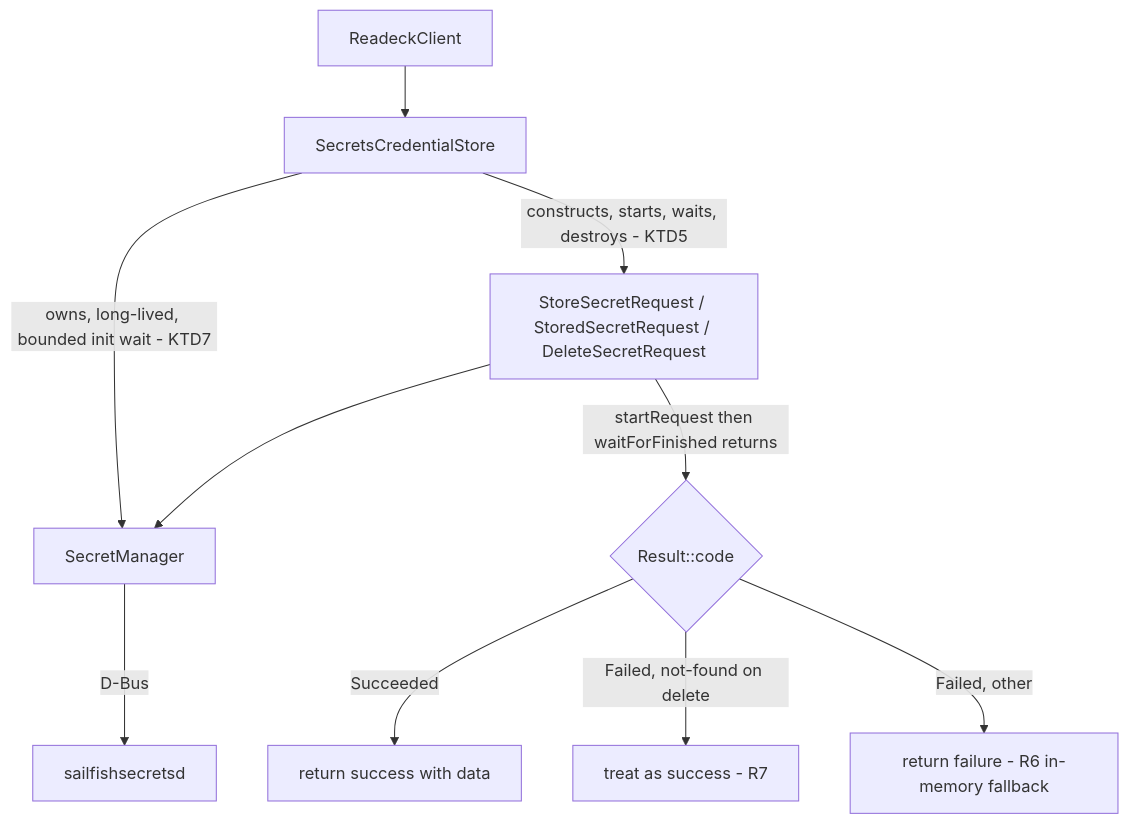
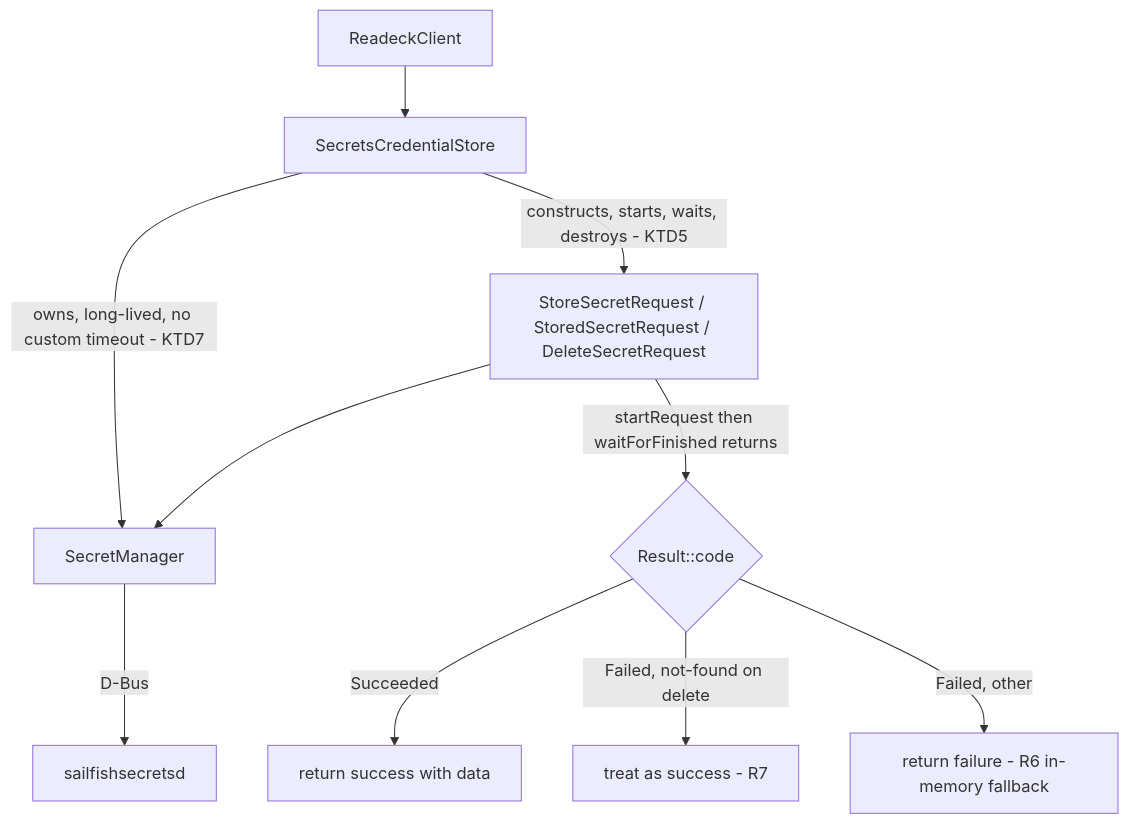
The diagram in docs/plans/2026-10-10-1328-feat-sailfish-secrets-credential-storage-plan.md (carepack/harbour-readeck), drawn with Mermaid before and after one commit. The commit also changed other lines of this file and 3 other files, not shown here.

````diff
--- a/docs/plans/2026-10-10-1328-feat-sailfish-secrets-credential-storage-plan.md
+++ b/docs/plans/2026-10-10-1328-feat-sailfish-secrets-credential-storage-plan.md
@@ -150,12 +150,12 @@
 ```mermaid
 flowchart TB
     RC[ReadeckClient] --> SCS[SecretsCredentialStore]
-    SCS -->|owns, long-lived, bounded init wait - KTD7| SM[SecretManager]
+    SCS -->|owns, long-lived, no custom timeout - KTD7| SM[SecretManager]
     SCS -->|constructs, starts, waits, destroys - KTD5| REQ[StoreSecretRequest / StoredSecretRequest / DeleteSecretRequest]
     REQ --> SM
     SM -->|D-Bus| DAEMON[sailfishsecretsd]
     REQ -->|startRequest then waitForFinished returns| RESULT{Result::code}
     RESULT -->|Succeeded| OK[return success with data]
     RESULT -->|Failed, not-found on delete| NOTFOUND[treat as success - R7]
     RESULT -->|Failed, other| ERR[return failure - R6 in-memory fallback]
 ```
````
